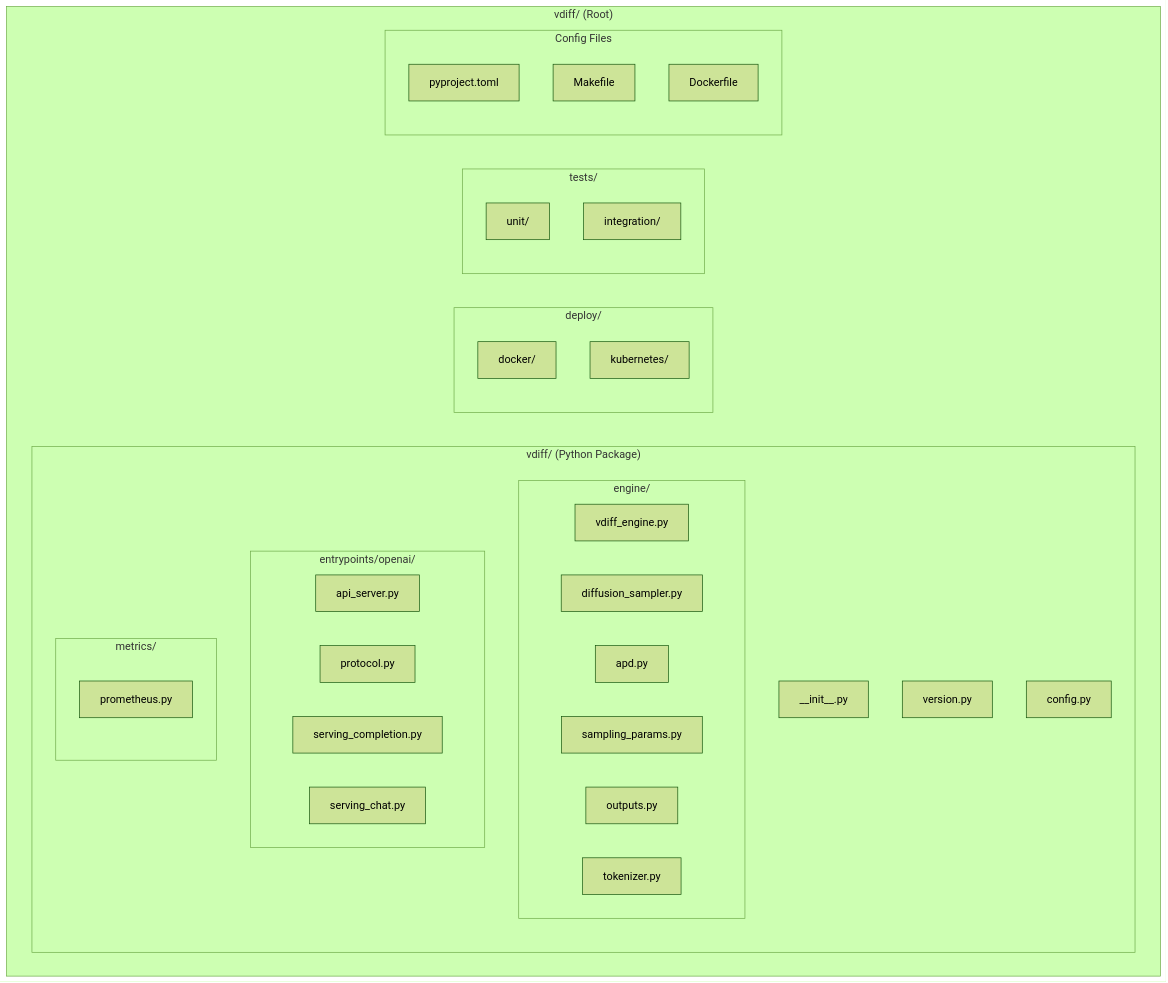
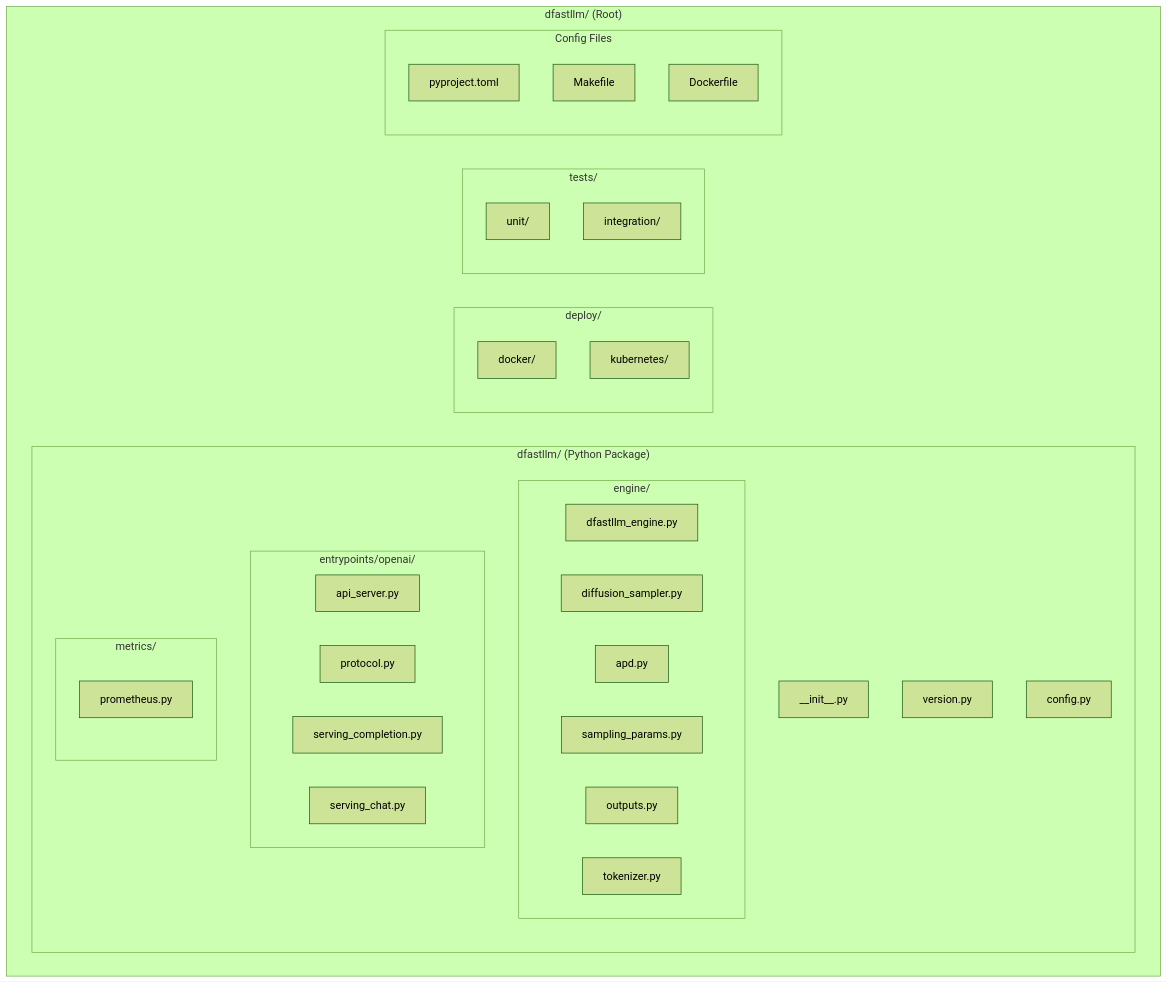
One commit to mwaykole/vdiff changed the first of 18 diagrams in docs/dev-doc/03-project-structure.md. Above: the diagram before and after it, drawn with Mermaid (forest theme). The commit also changed other lines of this file and 53 other files, not shown here.

First line of the commit message:
refactor: Rename all vdiff references to dfastllm

````diff
--- a/docs/dev-doc/03-project-structure.md
+++ b/docs/dev-doc/03-project-structure.md
@@ -75,46 +75,46 @@
 ```mermaid
 flowchart TB
-    subgraph Root["vdiff/ (Root)"]
-        subgraph Package["vdiff/ (Python Package)"]
+    subgraph Root["dfastllm/ (Root)"]
+        subgraph Package["dfastllm/ (Python Package)"]
             INIT["__init__.py"]
             VERSION["version.py"]
             CONFIG["config.py"]
             
             subgraph Engine["engine/"]
-                ENG["vdiff_engine.py"]
+                ENG["dfastllm_engine.py"]
                 DIFF["diffusion_sampler.py"]
                 APD["apd.py"]
                 SP["sampling_params.py"]
                 OUT["outputs.py"]
                 TOK["tokenizer.py"]
             end
             
             subgraph Entry["entrypoints/openai/"]
                 API["api_server.py"]
                 PROTO["protocol.py"]
                 SERVC["serving_completion.py"]
                 SERVCH["serving_chat.py"]
             end
             
             subgraph Metrics["metrics/"]
                 PROM["prometheus.py"]
             end
         end
         
         subgraph Deploy["deploy/"]
             DOCKER["docker/"]
             K8S["kubernetes/"]
         end
         
         subgraph Tests["tests/"]
             UNIT["unit/"]
             INT["integration/"]
         end
         
         subgraph Config["Config Files"]
             PYPROJ["pyproject.toml"]
             MAKE["Makefile"]
             DFILE["Dockerfile"]
         end
     end
 ```
````
